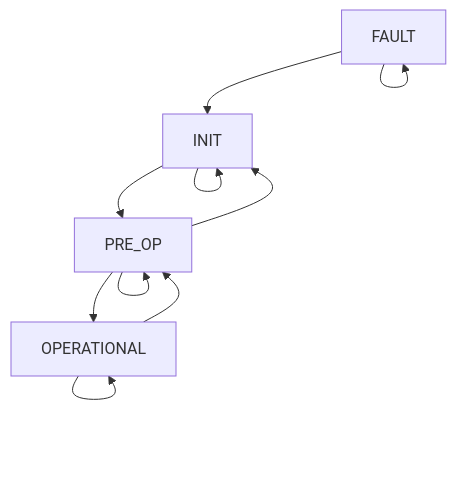
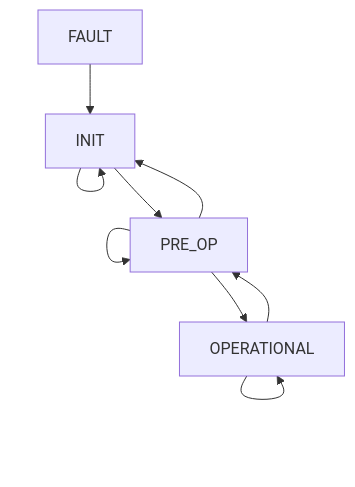
Before and after one commit to memoizelabs/Fork: the diagram in README.md, drawn with Mermaid.

````diff
--- a/README.md
+++ b/README.md
@@ -58,12 +58,11 @@
 ```mermaid
 graph TD
     INIT --> PRE_OP
     INIT --> INIT
     PRE_OP --> OPERATIONAL
     PRE_OP --> INIT
     PRE_OP --> PRE_OP
     FAULT --> INIT
-    FAULT --> FAULT
     OPERATIONAL --> PRE_OP
     OPERATIONAL --> OPERATIONAL
 ```
````
